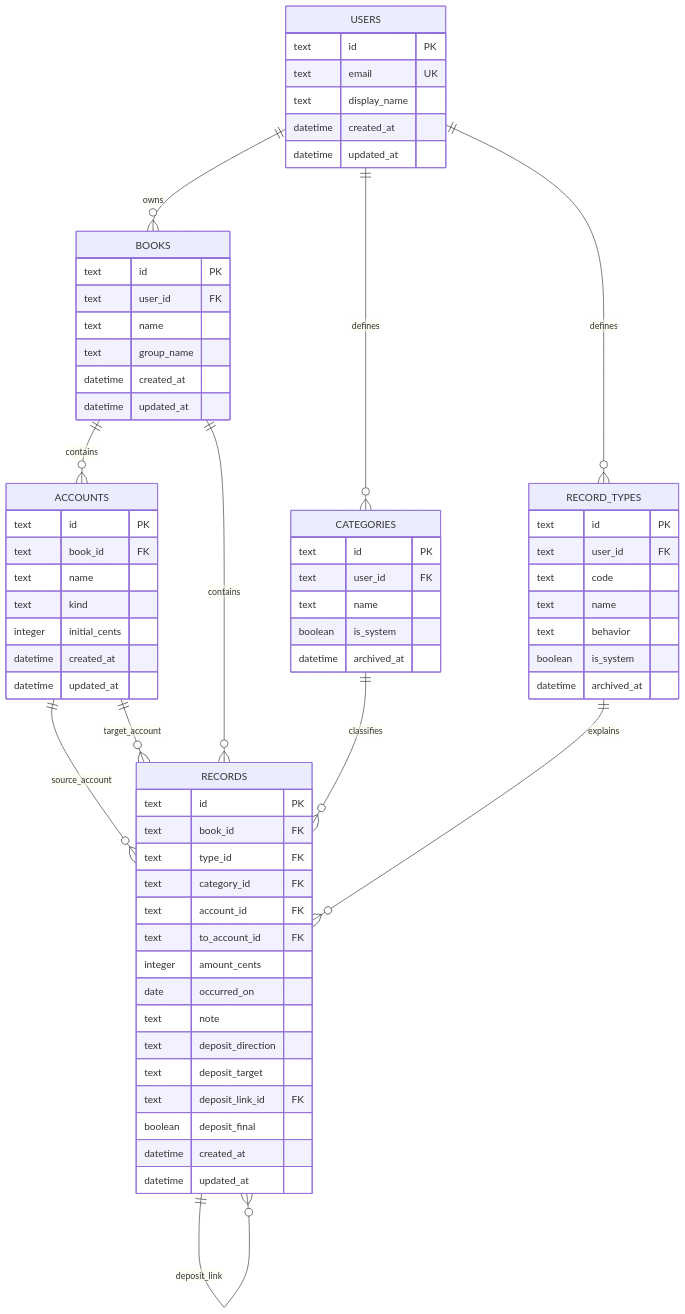
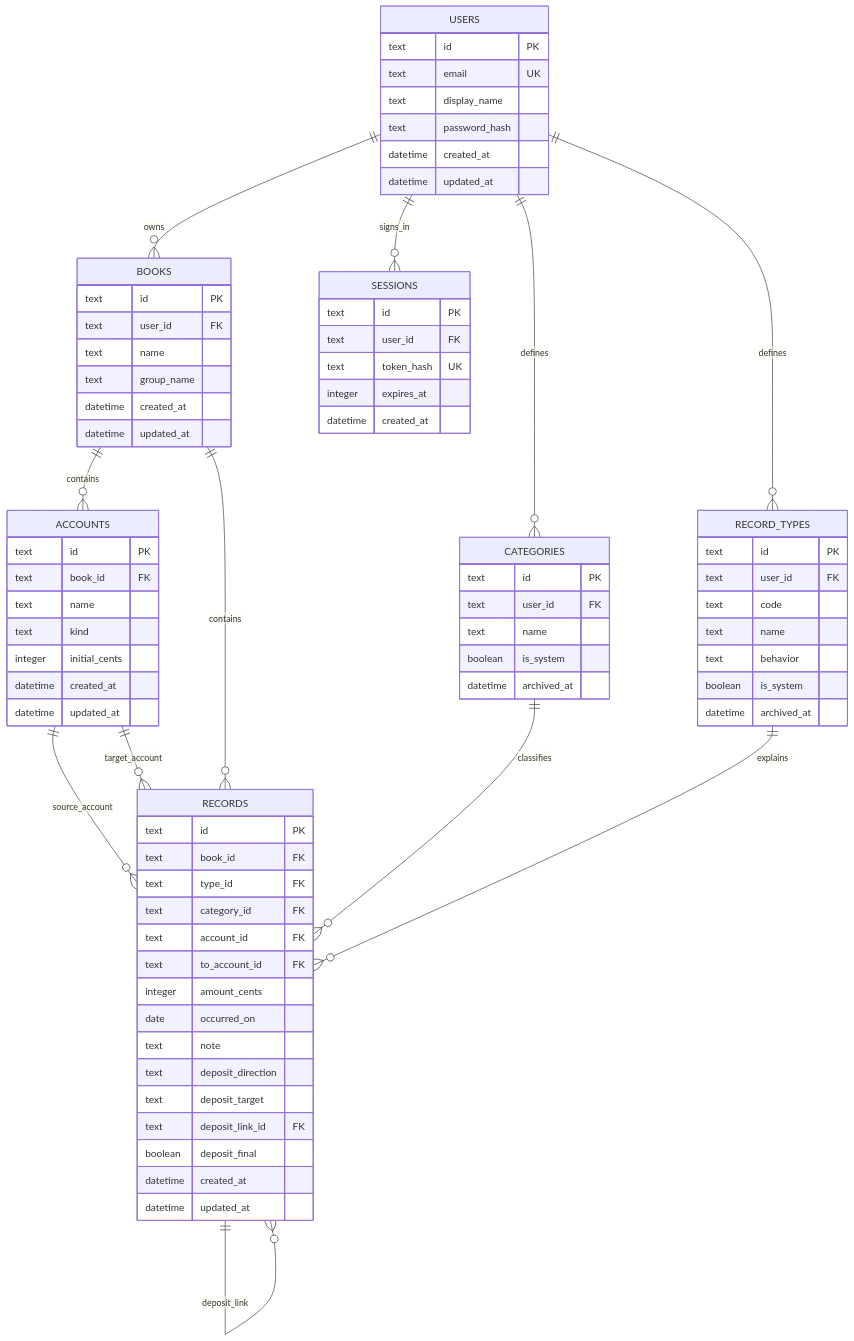
Before and after one commit to yangfan06-kd/jizhangben: the diagram in docs/BACKEND_DESIGN.md, drawn with Mermaid. The commit also changed other lines of this file and 23 other files, not shown here.

````diff
--- a/docs/BACKEND_DESIGN.md
+++ b/docs/BACKEND_DESIGN.md
@@ -23,71 +23,80 @@
 ```mermaid
 erDiagram
     USERS ||--o{ BOOKS : owns
+    USERS ||--o{ SESSIONS : signs_in
     USERS ||--o{ CATEGORIES : defines
     USERS ||--o{ RECORD_TYPES : defines
     BOOKS ||--o{ ACCOUNTS : contains
     BOOKS ||--o{ RECORDS : contains
     CATEGORIES ||--o{ RECORDS : classifies
     RECORD_TYPES ||--o{ RECORDS : explains
     ACCOUNTS ||--o{ RECORDS : source_account
     ACCOUNTS ||--o{ RECORDS : target_account
     RECORDS ||--o{ RECORDS : deposit_link
 
     USERS {
         text id PK
         text email UK
         text display_name
+        text password_hash
         datetime created_at
         datetime updated_at
+    }
+    SESSIONS {
+        text id PK
+        text user_id FK
+        text token_hash UK
+        integer expires_at
+        datetime created_at
     }
     BOOKS {
         text id PK
         text user_id FK
         text name
         text group_name
         datetime created_at
         datetime updated_at
     }
     ACCOUNTS {
         text id PK
         text book_id FK
         text name
         text kind
         integer initial_cents
         datetime created_at
         datetime updated_at
     }
     CATEGORIES {
         text id PK
         text user_id FK
         text name
         boolean is_system
         datetime archived_at
     }
     RECORD_TYPES {
         text id PK
         text user_id FK
         text code
         text name
         text behavior
         boolean is_system
         datetime archived_at
     }
     RECORDS {
         text id PK
         text book_id FK
         text type_id FK
         text category_id FK
         text account_id FK
         text to_account_id FK
         integer amount_cents
         date occurred_on
         text note
         text deposit_direction
         text deposit_target
         text deposit_link_id FK
         boolean deposit_final
         datetime created_at
         datetime updated_at
     }
 ```
````
